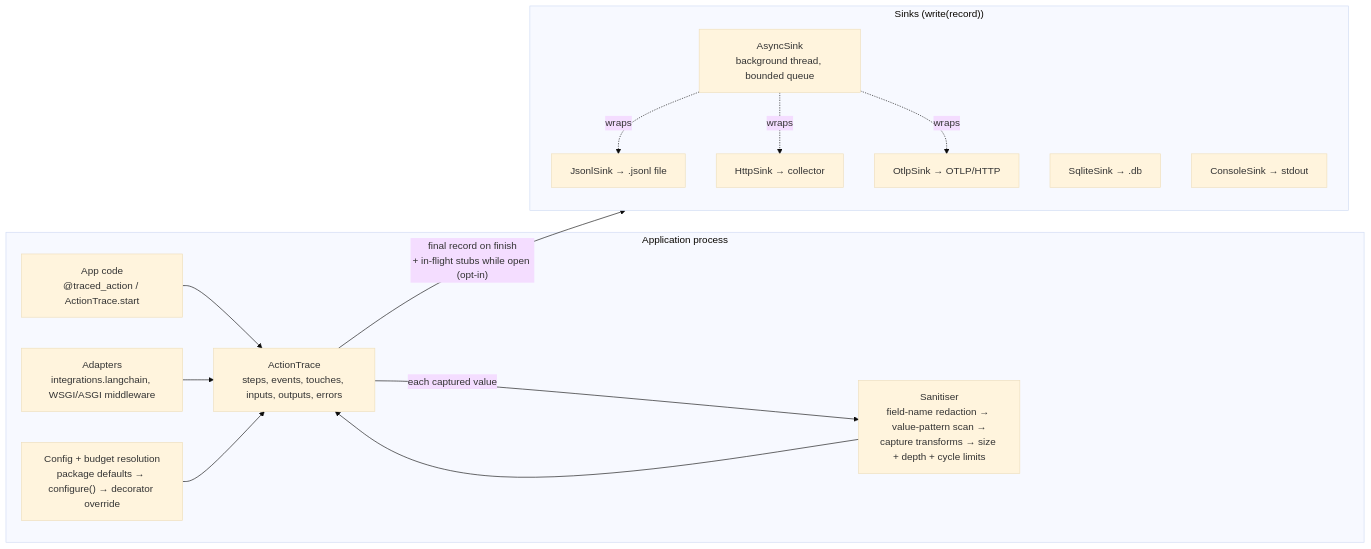
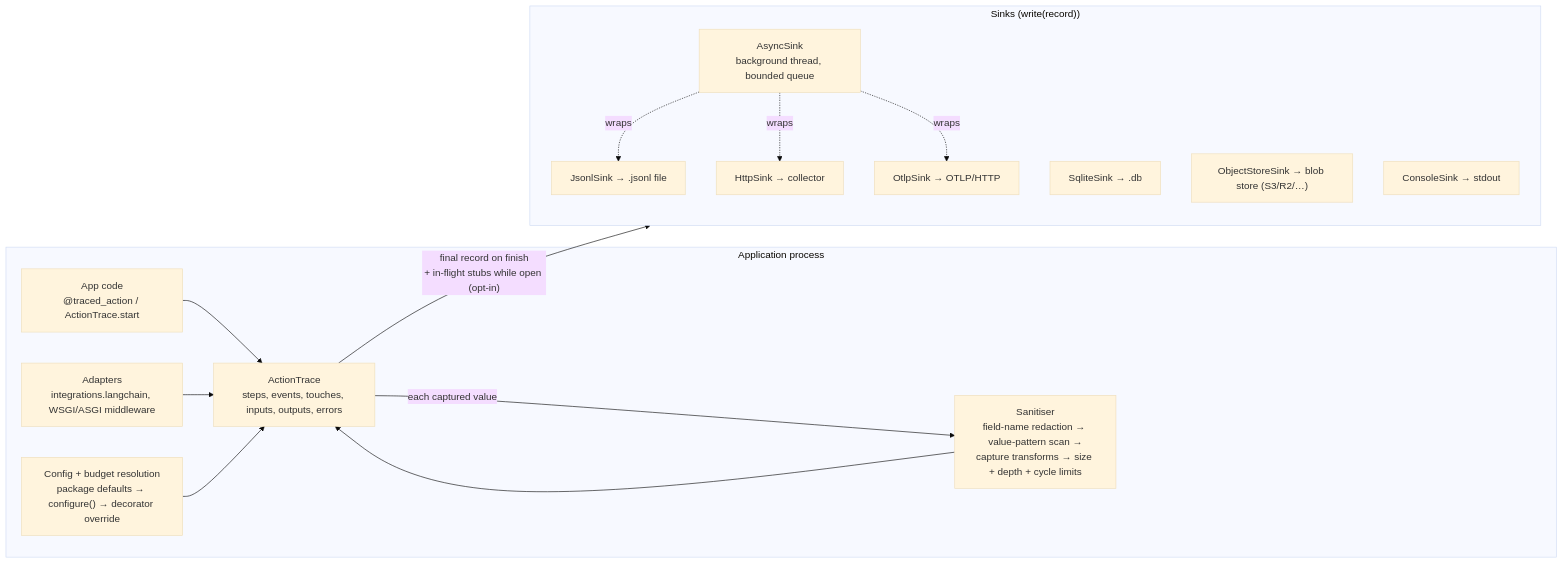
One commit to traceact/traceact changed the first of 2 diagrams in ARCHITECTURE.md. Above: the diagram before and after it, drawn with Mermaid (base theme). The commit also changed other lines of this file and 9 other files, not shown here.

First line of the commit message:
v1.5.0: ObjectStoreSink writes batched traces to S3-API blob stores, S3Backend signs with SigV4

````diff
--- a/ARCHITECTURE.md
+++ b/ARCHITECTURE.md
@@ -13,29 +13,30 @@
 ```mermaid
 flowchart LR
     subgraph app ["Application process"]
         code["App code<br/>@traced_action / ActionTrace.start"]
         adapters["Adapters<br/>integrations.langchain, WSGI/ASGI middleware"]
         trace["ActionTrace<br/>steps, events, touches, inputs, outputs, errors"]
         config["Config + budget resolution<br/>package defaults → configure() → decorator override"]
         sanitiser["Sanitiser<br/>field-name redaction → value-pattern scan →<br/>capture transforms → size + depth + cycle limits"]
     end
 
     subgraph sinks ["Sinks (write(record))"]
         async_sink["AsyncSink<br/>background thread, bounded queue"]
         jsonl["JsonlSink → .jsonl file"]
         sqlite["SqliteSink → .db"]
         http["HttpSink → collector"]
         otlp["OtlpSink → OTLP/HTTP"]
+        objstore["ObjectStoreSink → blob store (S3/R2/…)"]
         console["ConsoleSink → stdout"]
     end
 
     code --> trace
     adapters --> trace
     config --> trace
     trace -->|"each captured value"| sanitiser
     sanitiser --> trace
     trace -->|"final record on finish<br/>+ in-flight stubs while open (opt-in)"| sinks
     async_sink -.wraps.-> jsonl
     async_sink -.wraps.-> http
     async_sink -.wraps.-> otlp
 ```
````
